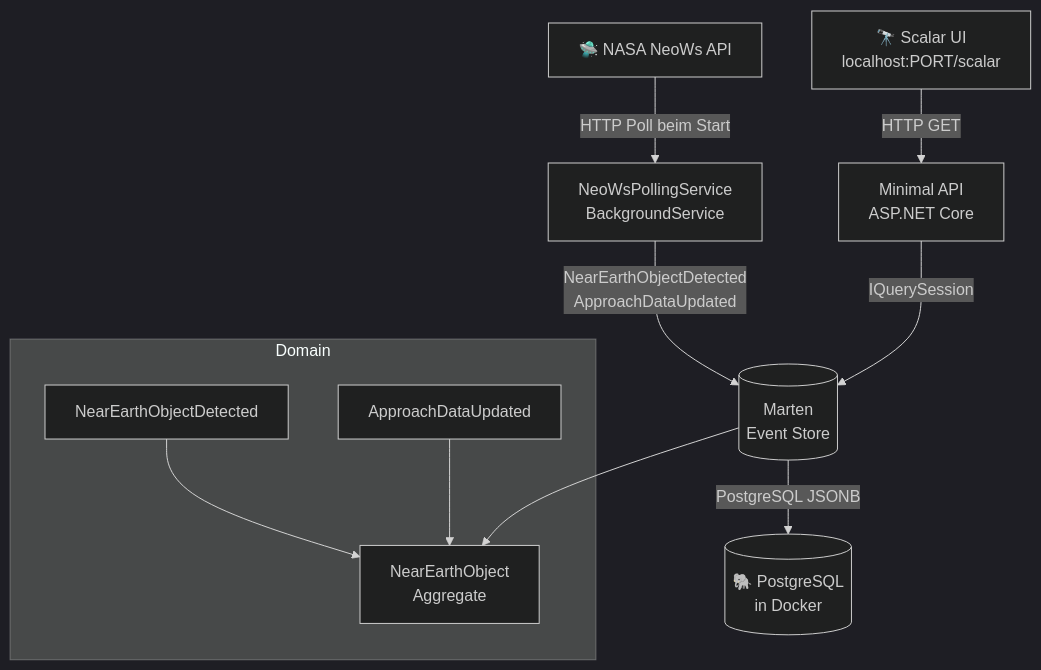
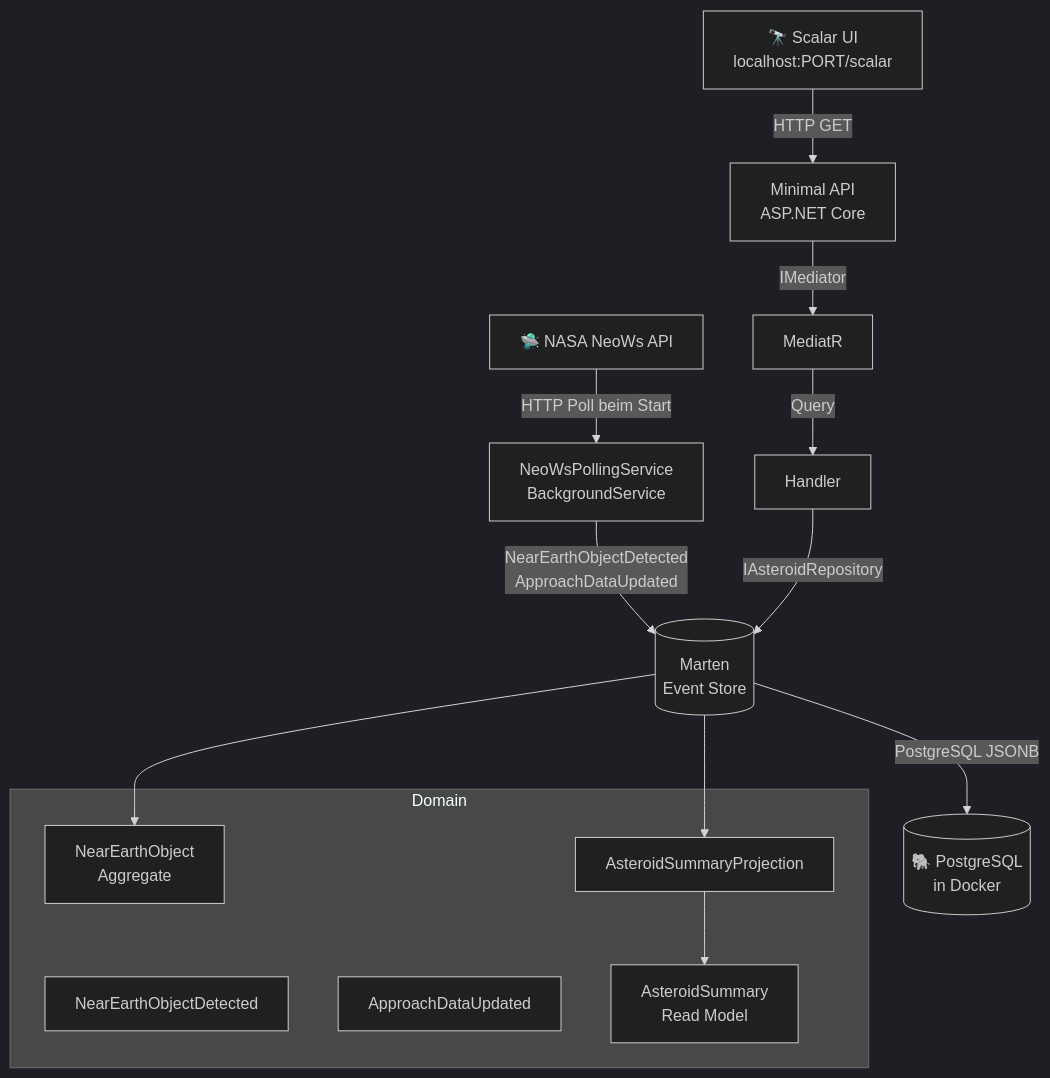
The first of 2 diagrams in Readme.md (lady-logic/EventHorizon), drawn with Mermaid (dark theme) before and after one commit. The commit also changed other lines of this file and 19 other files, not shown here.

First line of the commit message:
refactor: introduce Clean Architecture with CQRS and MediatR

````diff
--- a/Readme.md
+++ b/Readme.md
@@ -26,18 +29,22 @@
 ```mermaid
 graph TB
     NASA[🛸 NASA NeoWs API] -->|HTTP Poll beim Start| PS[NeoWsPollingService\nBackgroundService]
     PS -->|NearEarthObjectDetected\nApproachDataUpdated| MS[(Marten\nEvent Store)]
     MS -->|PostgreSQL JSONB| DB[(🐘 PostgreSQL\nin Docker)]
-    API[Minimal API\nASP.NET Core] -->|IQuerySession| MS
+    API[Minimal API\nASP.NET Core] -->|IMediator| MED[MediatR]
+    MED -->|Query| H[Handler]
+    H -->|IAsteroidRepository| MS
     UI[🔭 Scalar UI\nlocalhost:PORT/scalar] -->|HTTP GET| API
 
     subgraph Domain
         AGG[NearEarthObject\nAggregate]
         E1[NearEarthObjectDetected]
         E2[ApproachDataUpdated]
+        PROJ[AsteroidSummaryProjection]
+        RM[AsteroidSummary\nRead Model]
     end
 
     MS --> AGG
-    E1 --> AGG
-    E2 --> AGG
+    MS --> PROJ
+    PROJ --> RM
 ```
````
